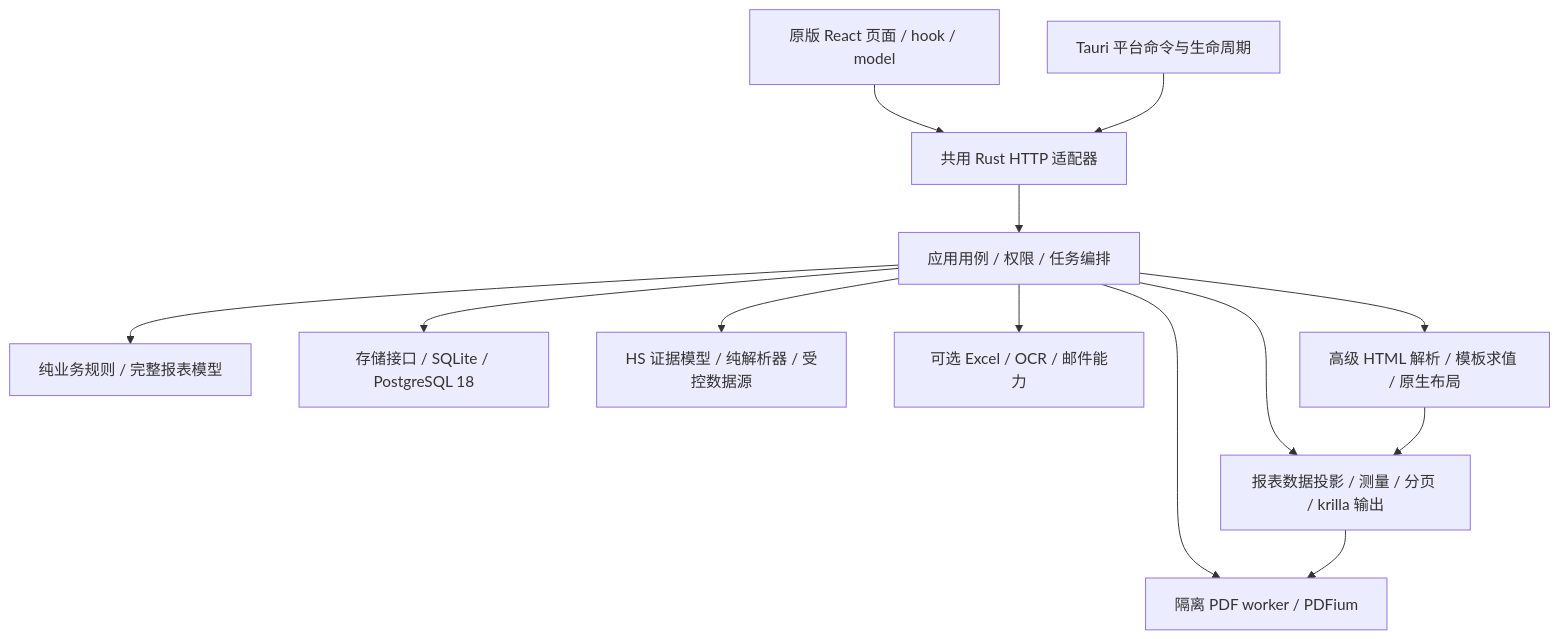
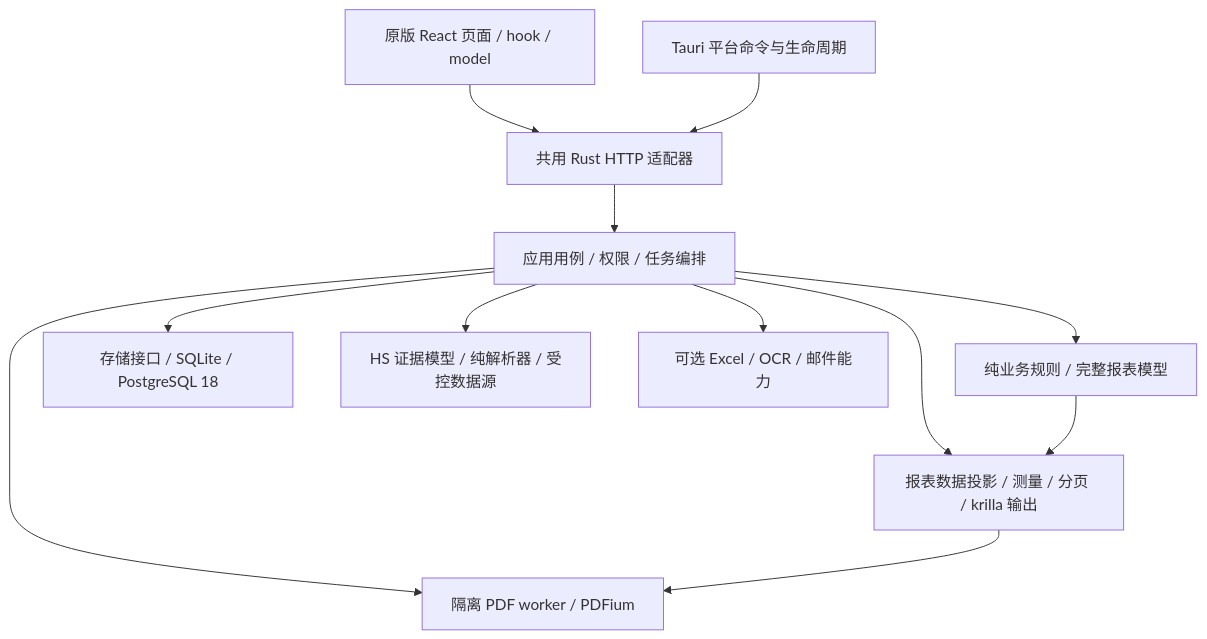
One commit to sck03/rustdoc changed the diagram in docs/Rust与CSharp后端功能差距及修正方案.md. Above: the diagram before and after it, drawn with Mermaid. The commit also changed other lines of this file and 60 other files, not shown here.

````diff
--- a/docs/Rust与CSharp后端功能差距及修正方案.md
+++ b/docs/Rust与CSharp后端功能差距及修正方案.md
@@ -209,15 +217,14 @@
 ```mermaid
 flowchart TD
   React[原版 React 页面 / hook / model] --> Http[共用 Rust HTTP 适配器]
   Tauri[Tauri 平台命令与生命周期] --> Http
   Http --> Engine[应用用例 / 权限 / 任务编排]
   Engine --> Domain[纯业务规则 / 完整报表模型]
   Engine --> Storage[存储接口 / SQLite / PostgreSQL 18]
   Engine --> Report[报表数据投影 / 测量 / 分页 / krilla 输出]
   Engine --> Pdf[隔离 PDF worker / PDFium]
   Engine --> Hs[HS 证据模型 / 纯解析器 / 受控数据源]
   Engine --> Optional[可选 Excel / OCR / 邮件能力]
-  Engine --> Html[高级 HTML 解析 / 模板求值 / 原生布局]
-  Html --> Report
+  Domain --> Report
   Report --> Pdf
 ```
````
